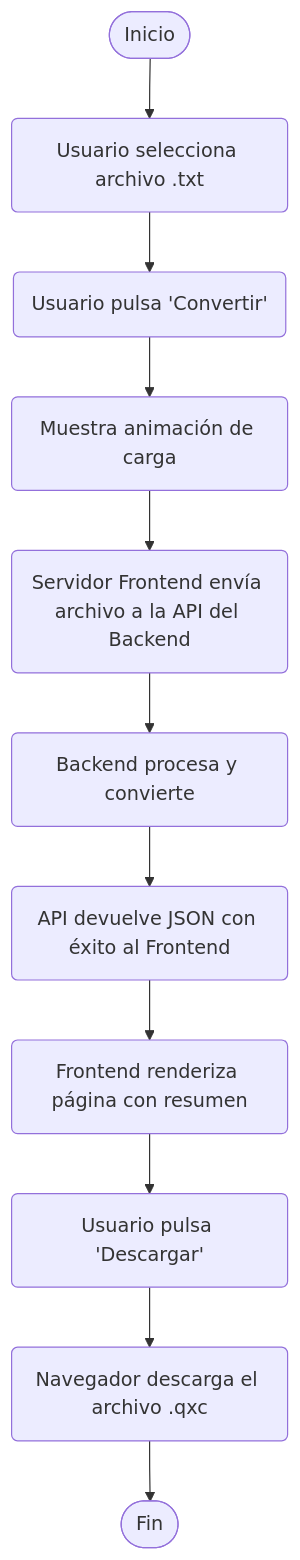
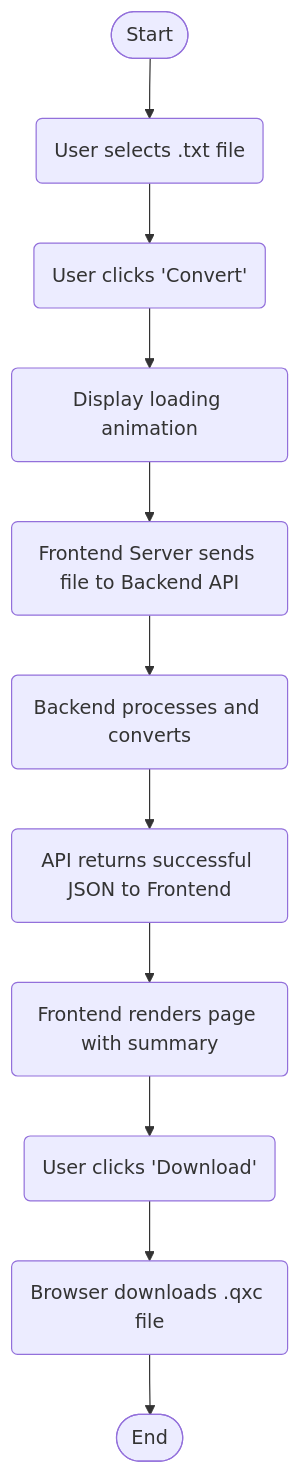
The second of 2 diagrams in docs/project-architecture.md (anorod/convert2QLC), drawn with Mermaid before and after one commit. The commit also changed other lines of this file and 5 other files, not shown here.

````diff
--- a/docs/project-architecture.md
+++ b/docs/project-architecture.md
@@ -104,13 +104,13 @@
 ```mermaid
 graph TD
-    A(["Inicio"]) --> B("Usuario selecciona archivo .txt");
-    B --> C("Usuario pulsa 'Convertir'");
-    C --> D("Muestra animación de carga");
-    D --> E("Servidor Frontend envía archivo a la API del Backend");
-    E --> F("Backend procesa y convierte");
-    F --> G("API devuelve JSON con éxito al Frontend");
-    G --> H("Frontend renderiza página con resumen");
-    H --> I("Usuario pulsa 'Descargar'");
-    I --> J("Navegador descarga el archivo .qxc");
-    J --> K(["Fin"]);
+    A(["Start"]) --> B("User selects .txt file");
+    B --> C("User clicks 'Convert'");
+    C --> D("Display loading animation");
+    D --> E("Frontend Server sends file to Backend API");
+    E --> F("Backend processes and converts");
+    F --> G("API returns successful JSON to Frontend");
+    G --> H("Frontend renders page with summary");
+    H --> I("User clicks 'Download'");
+    I --> J("Browser downloads .qxc file");
+    J --> K(["End"]);
 ```
````
